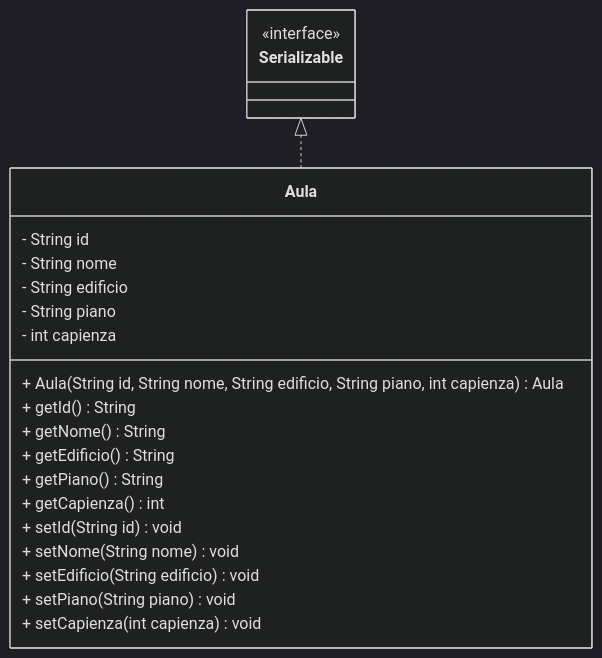
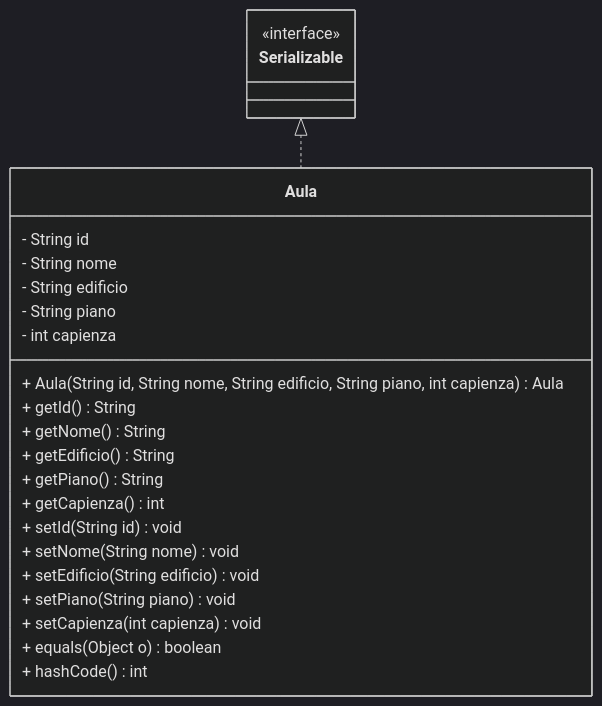
The diagram in diagrams/aulaClassDiagram.md (gcarbone48/PrenotazioneAule5), drawn with Mermaid (dark theme) before and after one commit. The commit also changed 2 other files, not shown here.

Commit message:
FEAT: aggiunta hashCode, compareTo, equals

````diff
--- a/diagrams/aulaClassDiagram.md
+++ b/diagrams/aulaClassDiagram.md
@@ -1,30 +1,34 @@
 ```mermaid
 classDiagram
 
     class Serializable {
              <<interface>>
     }
 
     Serializable <|.. Aula
 
     class Aula{
         - String id
         %% codice identificativo univoco
         - String nome
         - String edificio
         - String piano
         - int capienza
         + Aula(String id, String nome, String edificio, String piano, int capienza) Aula
         + getId() String
         + getNome() String
         + getEdificio() String
         + getPiano() String
         + getCapienza() int
         + setId(String id) void
         + setNome(String nome) void
         + setEdificio(String edificio) void
         + setPiano(String piano) void
-        + setCapienza(int capienza) void       
+        + setCapienza(int capienza) void      
+
+
+        + equals(Object o) boolean
+        + hashCode() int
     }
 
 ```
````
